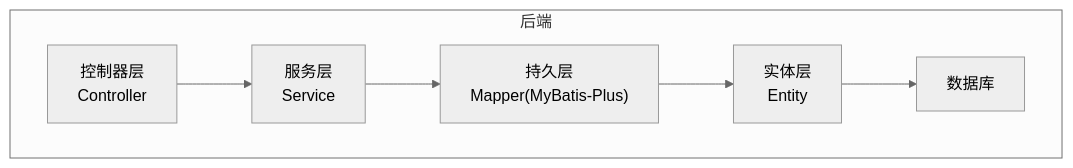
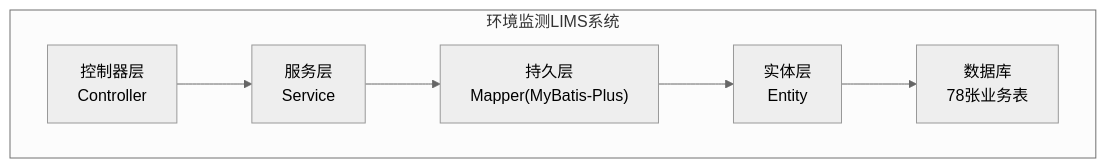
Before and after one commit to liming-lihaini/workflow: the first of 3 diagrams in .qoder/repowiki/zh/content/数据库设计/数据库设计.md, drawn with Mermaid (neutral theme). The commit also changed other lines of this file and 45 other files, not shown here.

````diff
--- a/.qoder/repowiki/zh/content/数据库设计/数据库设计.md
+++ b/.qoder/repowiki/zh/content/数据库设计/数据库设计.md
@@ -53,14 +68,14 @@
 ```mermaid
 graph TB
-subgraph "后端"
+subgraph "环境监测LIMS系统"
 C["控制器层<br/>Controller"]
 S["服务层<br/>Service"]
 M["持久层<br/>Mapper(MyBatis-Plus)"]
 E["实体层<br/>Entity"]
-DB["数据库"]
+DB["数据库<br/>78张业务表"]
 end
 C --> S
 S --> M
 M --> E
 E --> DB
 ```
````
